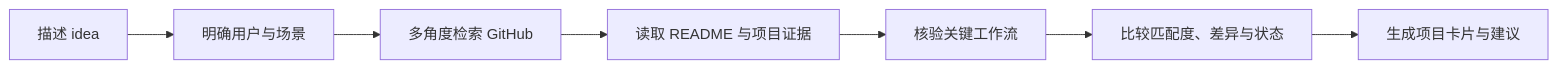
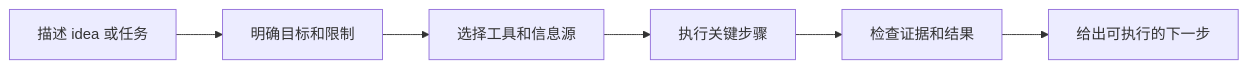
One commit to Ethan-Wang-dev/EW-Skills changed the diagram in README.zh-CN.md. Above: the diagram before and after it, drawn with Mermaid. The commit also changed other lines of this file, not shown here.

````diff
--- a/README.zh-CN.md
+++ b/README.zh-CN.md
@@ -87,9 +93,8 @@
 ```mermaid
 flowchart LR
-    A[描述 idea] --> B[明确用户与场景]
-    B --> C[多角度检索 GitHub]
-    C --> D[读取 README 与项目证据]
-    D --> E[核验关键工作流]
-    E --> F[比较匹配度、差异与状态]
-    F --> G[生成项目卡片与建议]
+    A[描述 idea 或任务] --> B[明确目标和限制]
+    B --> C[选择工具和信息源]
+    C --> D[执行关键步骤]
+    D --> E[检查证据和结果]
+    E --> F[给出可执行的下一步]
 ```
````
